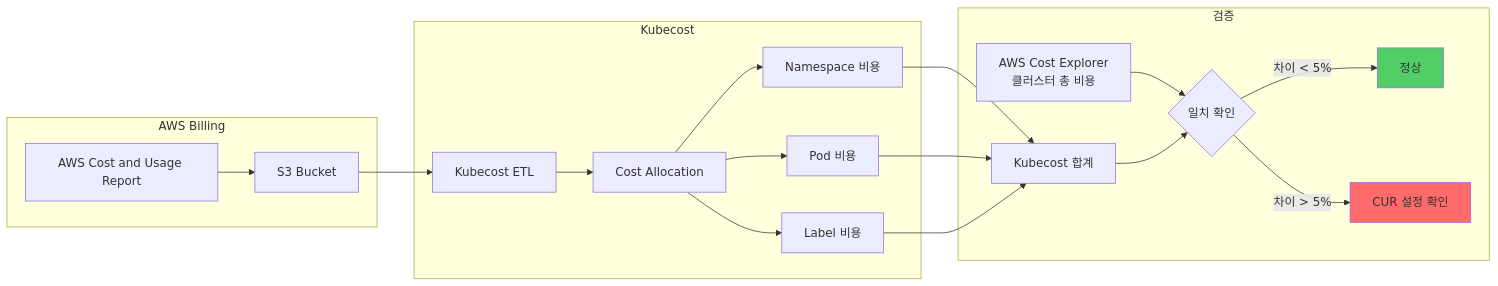
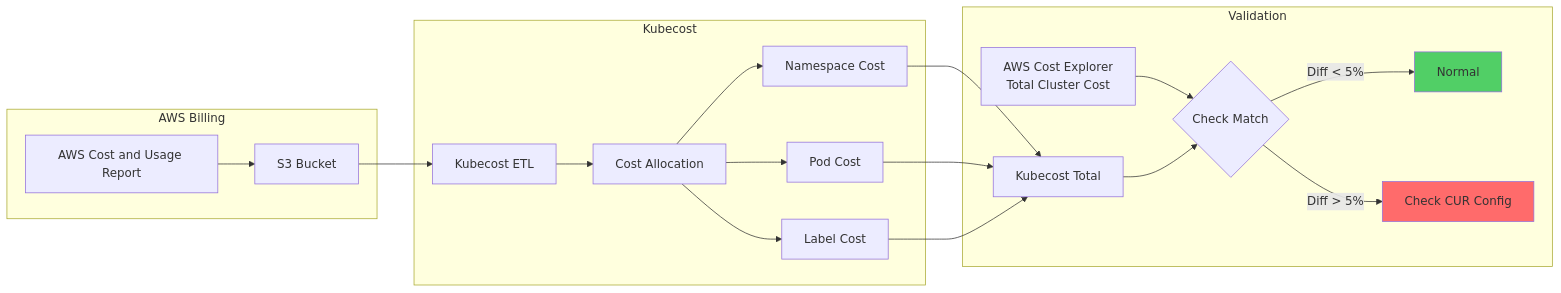
Before and after one commit to devfloor9/engineering-playbook: diagram 15 of 16 in i18n/en/docusaurus-plugin-content-docs/current/eks-best-practices/resource-cost/eks-resource-optimization.md, drawn with Mermaid. The commit also changed other lines of this file, not shown here.

````diff
--- a/i18n/en/docusaurus-plugin-content-docs/current/eks-best-practices/resource-cost/eks-resource-optimization.md
+++ b/i18n/en/docusaurus-plugin-content-docs/current/eks-best-practices/resource-cost/eks-resource-optimization.md
@@ -4932,27 +4932,27 @@
 ```mermaid
 graph LR
     subgraph "AWS Billing"
         A[AWS Cost and Usage Report] --> B[S3 Bucket]
     end
 
     subgraph "Kubecost"
         B --> C[Kubecost ETL]
         C --> D[Cost Allocation]
-        D --> E[Namespace 비용]
-        D --> F[Pod 비용]
-        D --> G[Label 비용]
+        D --> E[Namespace Cost]
+        D --> F[Pod Cost]
+        D --> G[Label Cost]
     end
 
-    subgraph "검증"
-        H[AWS Cost Explorer<br/>클러스터 총 비용] --> I{일치 확인}
-        E --> J[Kubecost 합계]
+    subgraph "Validation"
+        H[AWS Cost Explorer<br/>Total Cluster Cost] --> I{Check Match}
+        E --> J[Kubecost Total]
         F --> J
         G --> J
         J --> I
-        I -->|차이 < 5%| K[정상]
-        I -->|차이 > 5%| L[CUR 설정 확인]
+        I -->|Diff < 5%| K[Normal]
+        I -->|Diff > 5%| L[Check CUR Config]
     end
 
     style K fill:#51cf66
     style L fill:#ff6b6b
 ```
````
